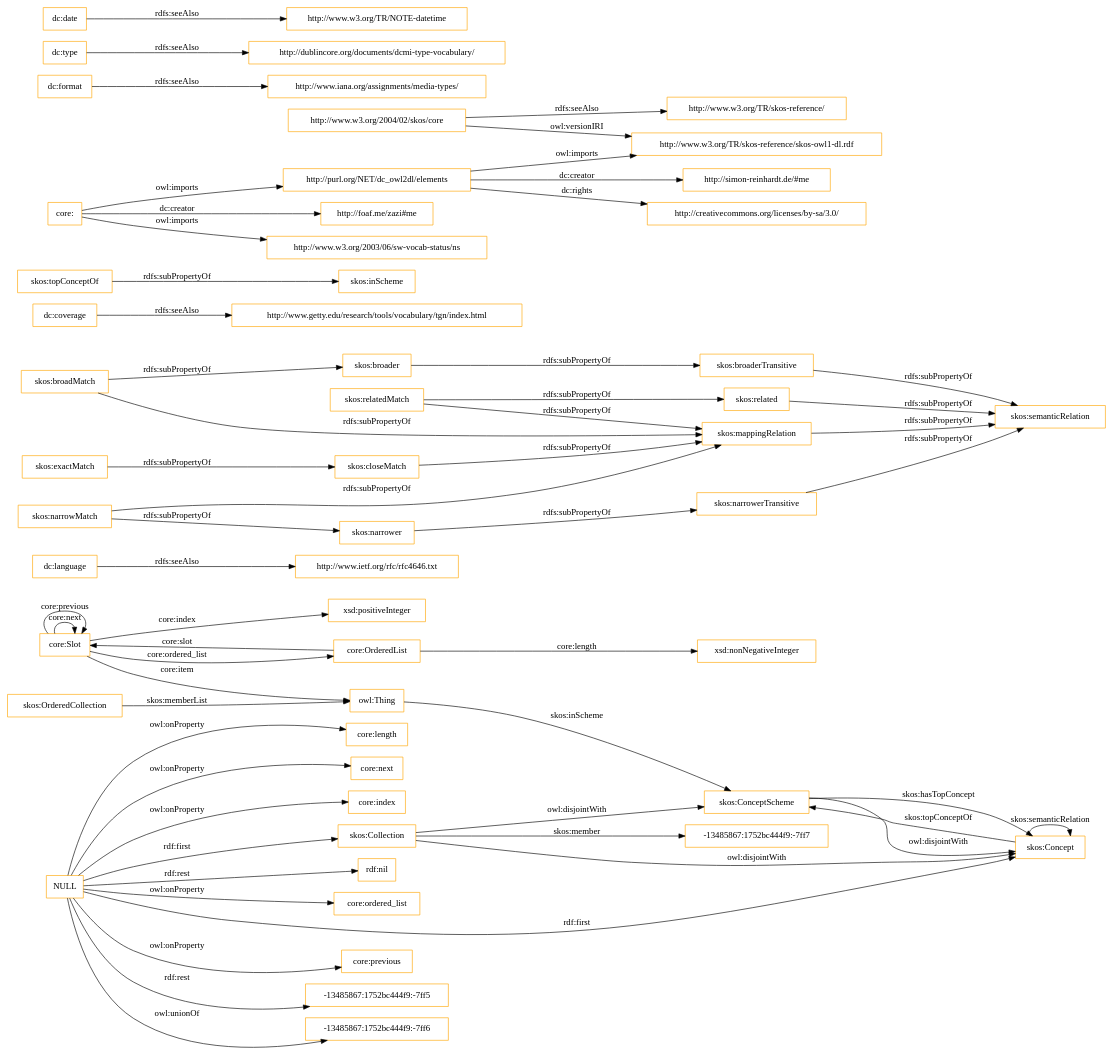
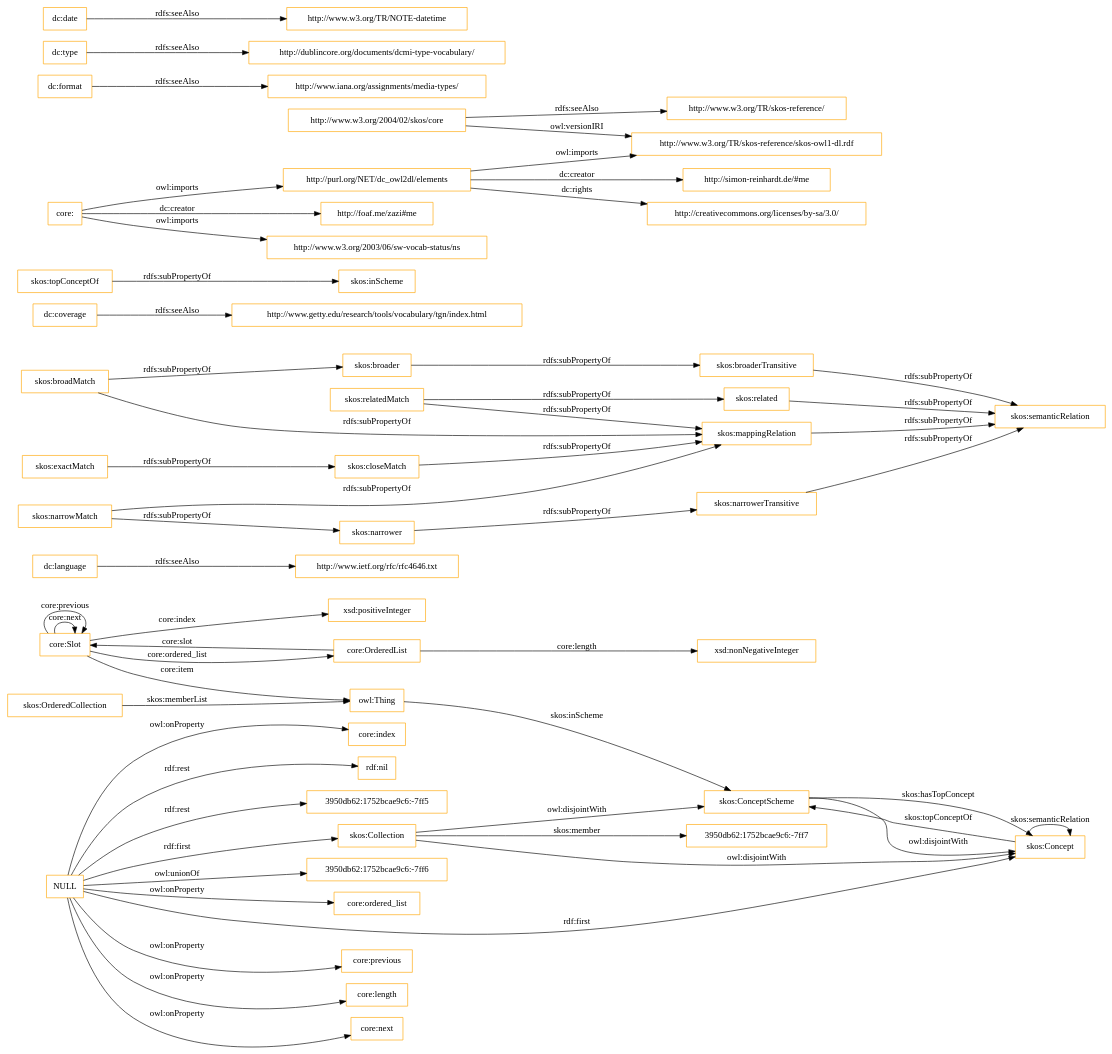
The diagram in OnToology/imports/core.owl/diagrams/ar2dtool-class/core.owl.png.dot (OnToologyUser/core-ontology-1), drawn with Graphviz before and after one commit. The commit also changed 14 other files, not shown here.

```diff
--- a/OnToology/imports/core.owl/diagrams/ar2dtool-class/core.owl.png.dot
+++ b/OnToology/imports/core.owl/diagrams/ar2dtool-class/core.owl.png.dot
@@ -1,60 +1,60 @@
 digraph ar2dtool_diagram { 
 rankdir=LR;
 size="1501"
-node [shape = rectangle, color="orange"]; "core:Slot" "core:OrderedList" "-13485867:1752bc444f9:-7ff7" "skos:OrderedCollection" "skos:Collection" "skos:ConceptScheme" "skos:Concept" ; /*classes style*/
+node [shape = rectangle, color="orange"]; "core:Slot" "core:OrderedList" "3950db62:1752bcae9c6:-7ff7" "skos:OrderedCollection" "skos:Collection" "skos:ConceptScheme" "skos:Concept" ; /*classes style*/
 	"dc:language" -> "http://www.ietf.org/rfc/rfc4646.txt" [ label = "rdfs:seeAlso" ];
 	"NULL" -> "core:previous" [ label = "owl:onProperty" ];
-	"NULL" -> "-13485867:1752bc444f9:-7ff5" [ label = "rdf:rest" ];
-	"NULL" -> "-13485867:1752bc444f9:-7ff6" [ label = "owl:unionOf" ];
 	"NULL" -> "core:length" [ label = "owl:onProperty" ];
 	"NULL" -> "skos:Concept" [ label = "rdf:first" ];
 	"NULL" -> "core:next" [ label = "owl:onProperty" ];
 	"NULL" -> "core:index" [ label = "owl:onProperty" ];
 	"NULL" -> "rdf:nil" [ label = "rdf:rest" ];
+	"NULL" -> "3950db62:1752bcae9c6:-7ff5" [ label = "rdf:rest" ];
+	"NULL" -> "3950db62:1752bcae9c6:-7ff6" [ label = "owl:unionOf" ];
 	"NULL" -> "core:ordered_list" [ label = "owl:onProperty" ];
 	"NULL" -> "skos:Collection" [ label = "rdf:first" ];
 	"skos:closeMatch" -> "skos:mappingRelation" [ label = "rdfs:subPropertyOf" ];
 	"dc:coverage" -> "http://www.getty.edu/research/tools/vocabulary/tgn/index.html" [ label = "rdfs:seeAlso" ];
 	"skos:relatedMatch" -> "skos:related" [ label = "rdfs:subPropertyOf" ];
 	"skos:relatedMatch" -> "skos:mappingRelation" [ label = "rdfs:subPropertyOf" ];
 	"skos:ConceptScheme" -> "skos:Concept" [ label = "owl:disjointWith" ];
 	"skos:related" -> "skos:semanticRelation" [ label = "rdfs:subPropertyOf" ];
 	"skos:topConceptOf" -> "skos:inScheme" [ label = "rdfs:subPropertyOf" ];
 	"skos:broadMatch" -> "skos:broader" [ label = "rdfs:subPropertyOf" ];
 	"skos:broadMatch" -> "skos:mappingRelation" [ label = "rdfs:subPropertyOf" ];
 	"http://purl.org/NET/dc_owl2dl/elements" -> "http://www.w3.org/TR/skos-reference/skos-owl1-dl.rdf" [ label = "owl:imports" ];
 	"http://purl.org/NET/dc_owl2dl/elements" -> "http://creativecommons.org/licenses/by-sa/3.0/" [ label = "dc:rights" ];
 	"http://purl.org/NET/dc_owl2dl/elements" -> "http://simon-reinhardt.de/#me" [ label = "dc:creator" ];
 	"skos:exactMatch" -> "skos:closeMatch" [ label = "rdfs:subPropertyOf" ];
 	"dc:format" -> "http://www.iana.org/assignments/media-types/" [ label = "rdfs:seeAlso" ];
 	"core:" -> "http://foaf.me/zazi#me" [ label = "dc:creator" ];
 	"core:" -> "http://www.w3.org/2003/06/sw-vocab-status/ns" [ label = "owl:imports" ];
 	"core:" -> "http://purl.org/NET/dc_owl2dl/elements" [ label = "owl:imports" ];
 	"skos:broaderTransitive" -> "skos:semanticRelation" [ label = "rdfs:subPropertyOf" ];
 	"skos:mappingRelation" -> "skos:semanticRelation" [ label = "rdfs:subPropertyOf" ];
 	"skos:broader" -> "skos:broaderTransitive" [ label = "rdfs:subPropertyOf" ];
 	"dc:type" -> "http://dublincore.org/documents/dcmi-type-vocabulary/" [ label = "rdfs:seeAlso" ];
 	"http://www.w3.org/2004/02/skos/core" -> "http://www.w3.org/TR/skos-reference/skos-owl1-dl.rdf" [ label = "owl:versionIRI" ];
 	"http://www.w3.org/2004/02/skos/core" -> "http://www.w3.org/TR/skos-reference/" [ label = "rdfs:seeAlso" ];
 	"skos:Collection" -> "skos:ConceptScheme" [ label = "owl:disjointWith" ];
 	"skos:Collection" -> "skos:Concept" [ label = "owl:disjointWith" ];
 	"skos:narrowMatch" -> "skos:narrower" [ label = "rdfs:subPropertyOf" ];
 	"skos:narrowMatch" -> "skos:mappingRelation" [ label = "rdfs:subPropertyOf" ];
 	"skos:narrower" -> "skos:narrowerTransitive" [ label = "rdfs:subPropertyOf" ];
 	"dc:date" -> "http://www.w3.org/TR/NOTE-datetime" [ label = "rdfs:seeAlso" ];
 	"skos:narrowerTransitive" -> "skos:semanticRelation" [ label = "rdfs:subPropertyOf" ];
 	"core:Slot" -> "xsd:positiveInteger" [ label = "core:index" ];
 	"skos:Concept" -> "skos:ConceptScheme" [ label = "skos:topConceptOf" ];
 	"core:Slot" -> "owl:Thing" [ label = "core:item" ];
 	"core:OrderedList" -> "xsd:nonNegativeInteger" [ label = "core:length" ];
 	"core:OrderedList" -> "core:Slot" [ label = "core:slot" ];
-	"skos:Collection" -> "-13485867:1752bc444f9:-7ff7" [ label = "skos:member" ];
+	"skos:Collection" -> "3950db62:1752bcae9c6:-7ff7" [ label = "skos:member" ];
 	"core:Slot" -> "core:Slot" [ label = "core:next" ];
 	"skos:ConceptScheme" -> "skos:Concept" [ label = "skos:hasTopConcept" ];
 	"owl:Thing" -> "skos:ConceptScheme" [ label = "skos:inScheme" ];
 	"core:Slot" -> "core:Slot" [ label = "core:previous" ];
 	"skos:OrderedCollection" -> "owl:Thing" [ label = "skos:memberList" ];
 	"skos:Concept" -> "skos:Concept" [ label = "skos:semanticRelation" ];
 	"core:Slot" -> "core:OrderedList" [ label = "core:ordered_list" ];
 
 }
```
